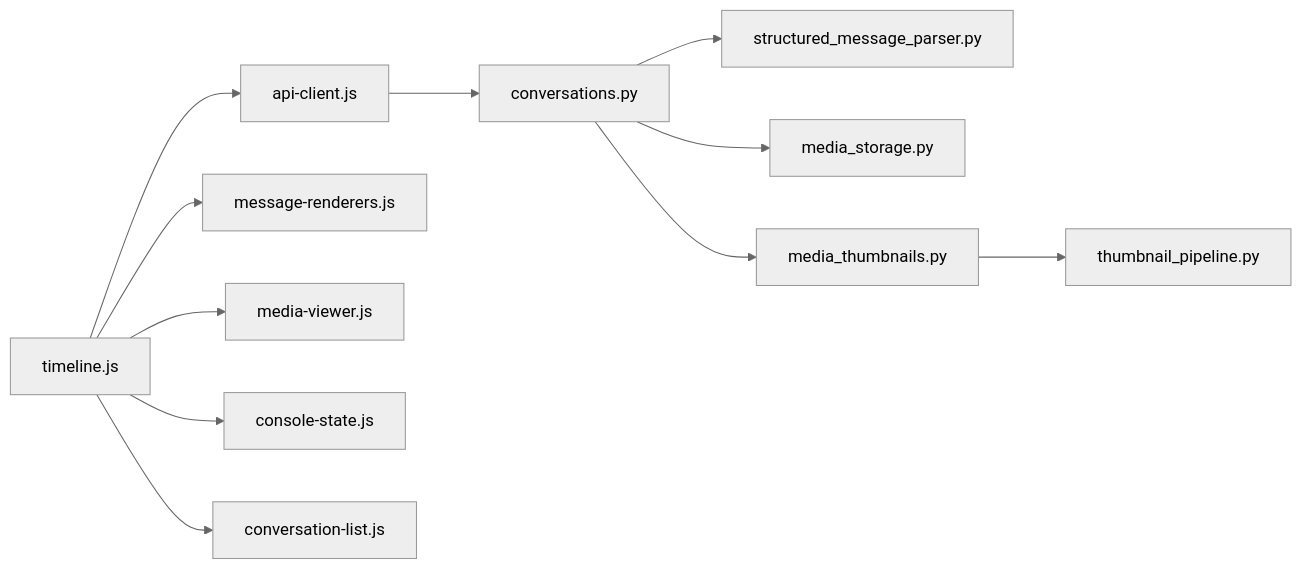
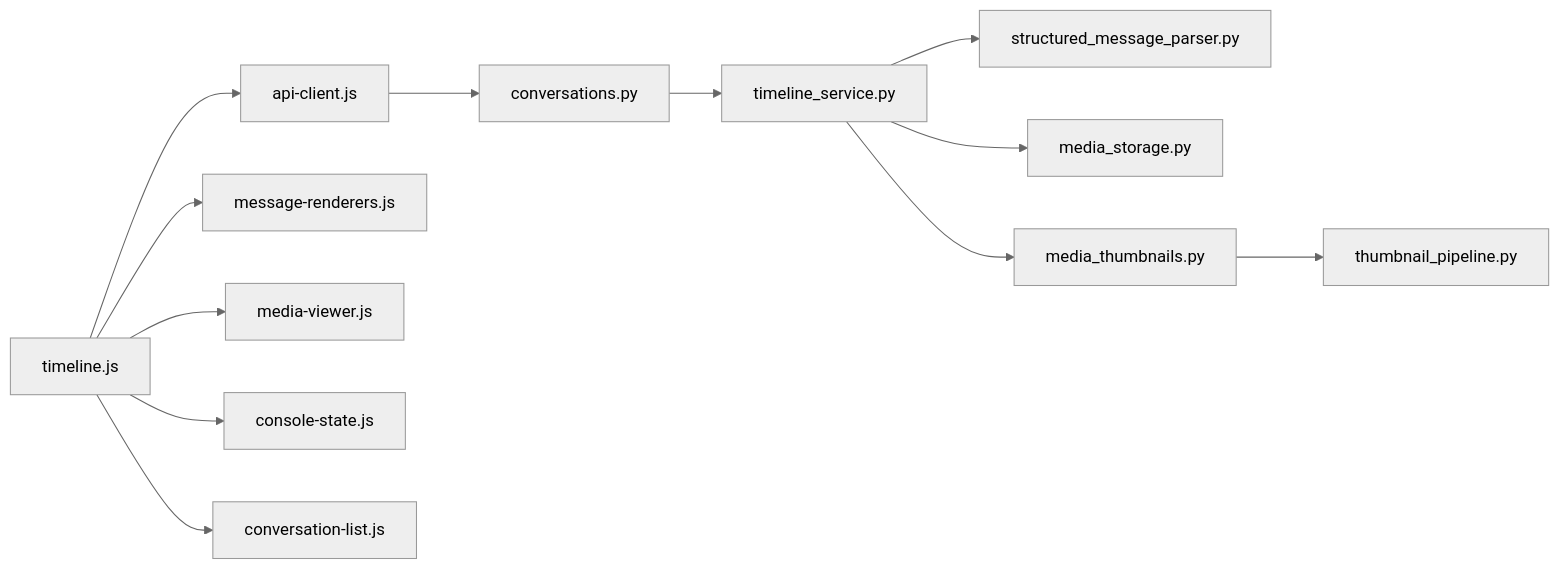
The fourth of 4 diagrams in .qoder/repowiki/en/content/Web Application/Review Console Interface/Message Timeline Interface.md (zuohaisu/wecom-archive), drawn with Mermaid (neutral theme) before and after one commit. The commit also changed other lines of this file and 109 other files, not shown here.

Commit message:
RND-221 提取统一 Media Access Service 与 Router

````diff
--- a/.qoder/repowiki/en/content/Web Application/Review Console Interface/Message Timeline Interface.md
+++ b/.qoder/repowiki/en/content/Web Application/Review Console Interface/Message Timeline Interface.md
@@ -238,13 +293,14 @@
 ```mermaid
 graph LR
 TL["timeline.js"] --> API["api-client.js"]
 TL --> MR["message-renderers.js"]
 TL --> MV["media-viewer.js"]
 TL --> CS["console-state.js"]
 TL --> CL["conversation-list.js"]
 API --> CONV["conversations.py"]
-CONV --> SMP["structured_message_parser.py"]
-CONV --> MS["media_storage.py"]
-CONV --> MT["media_thumbnails.py"]
+CONV --> TS["timeline_service.py"]
+TS --> SMP["structured_message_parser.py"]
+TS --> MS["media_storage.py"]
+TS --> MT["media_thumbnails.py"]
 MT --> TP["thumbnail_pipeline.py"]
 ```
````
